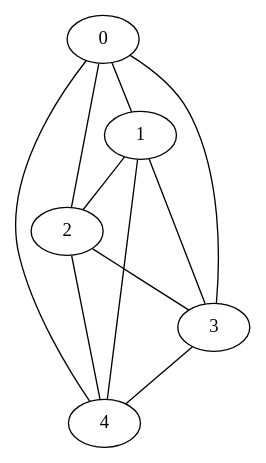
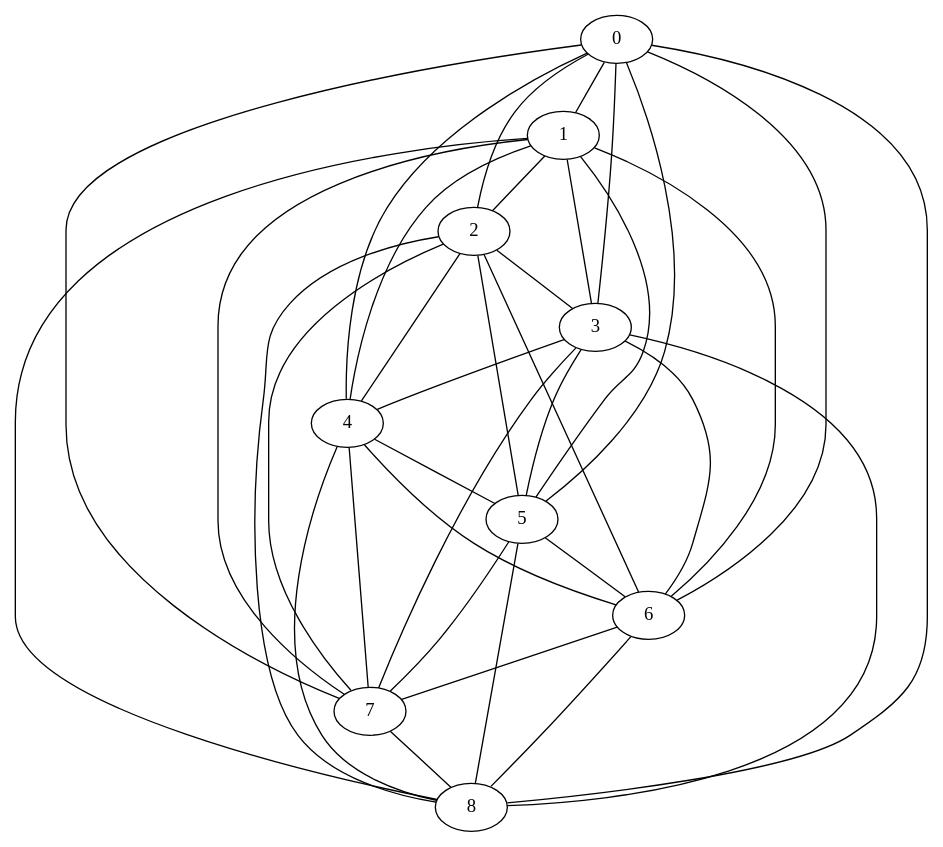
The diagram in L3/S5/I51-Algorithmique-des-graphes/data/test.dot (dxkkxn/univ-tln), drawn with Graphviz before and after one commit. The commit also changed 5 other files, not shown here.

```diff
--- a/L3/S5/I51-Algorithmique-des-graphes/data/test.dot
+++ b/L3/S5/I51-Algorithmique-des-graphes/data/test.dot
@@ -1,17 +1,47 @@
 graph { 
 0;
 0--1;
 0--2;
 0--3;
 0--4;
+0--5;
+0--6;
+0--7;
+0--8;
 1;
 1--2;
 1--3;
 1--4;
+1--5;
+1--6;
+1--7;
+1--8;
 2;
 2--3;
 2--4;
+2--5;
+2--6;
+2--7;
+2--8;
 3;
 3--4;
+3--5;
+3--6;
+3--7;
+3--8;
 4;
+4--5;
+4--6;
+4--7;
+4--8;
+5;
+5--6;
+5--7;
+5--8;
+6;
+6--7;
+6--8;
+7;
+7--8;
+8;
 }
```
